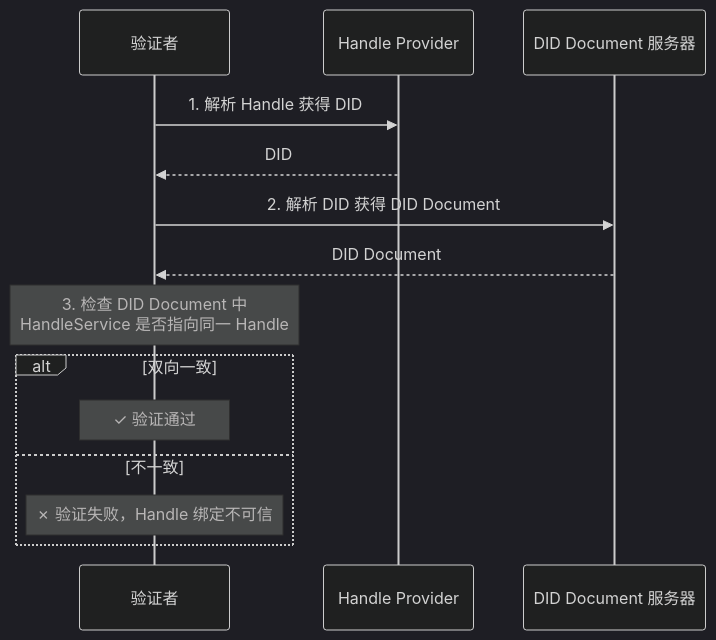
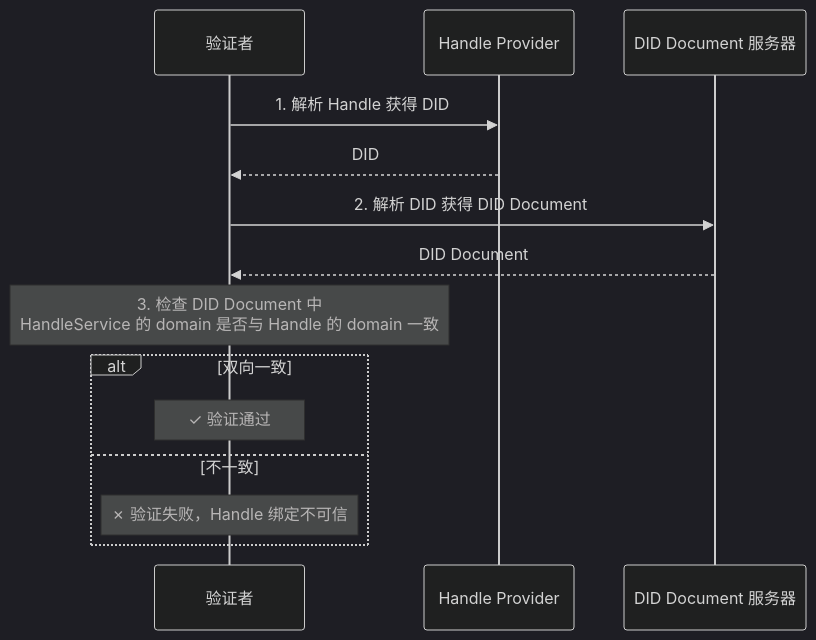
The second of 2 diagrams in chinese/04-ANP-基于DID-WBA的命名空间规范.md (NeatNerdPrime/AgentNetworkProtocol), drawn with Mermaid (dark theme) before and after one commit. The commit also changed other lines of this file and 1 other file, not shown here.

Commit message:
update handle protocol

````diff
--- a/chinese/04-ANP-基于DID-WBA的命名空间规范.md
+++ b/chinese/04-ANP-基于DID-WBA的命名空间规范.md
@@ -339,17 +336,17 @@
 ```mermaid
 sequenceDiagram
     participant V as 验证者
     participant H as Handle Provider
     participant D as DID Document 服务器
 
     V->>H: 1. 解析 Handle 获得 DID
     H-->>V: DID
     V->>D: 2. 解析 DID 获得 DID Document
     D-->>V: DID Document
-    Note over V: 3. 检查 DID Document 中<br/>HandleService 是否指向同一 Handle
+    Note over V: 3. 检查 DID Document 中<br/>HandleService 的 domain 是否与 Handle 的 domain 一致
     alt 双向一致
         Note over V: ✓ 验证通过
     else 不一致
         Note over V: ✗ 验证失败，Handle 绑定不可信
     end
 ```
````
